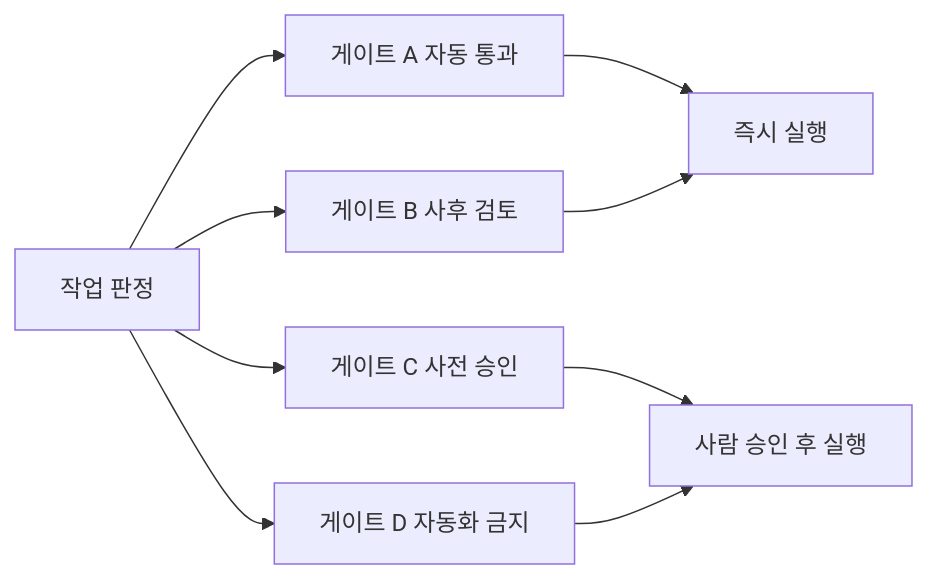
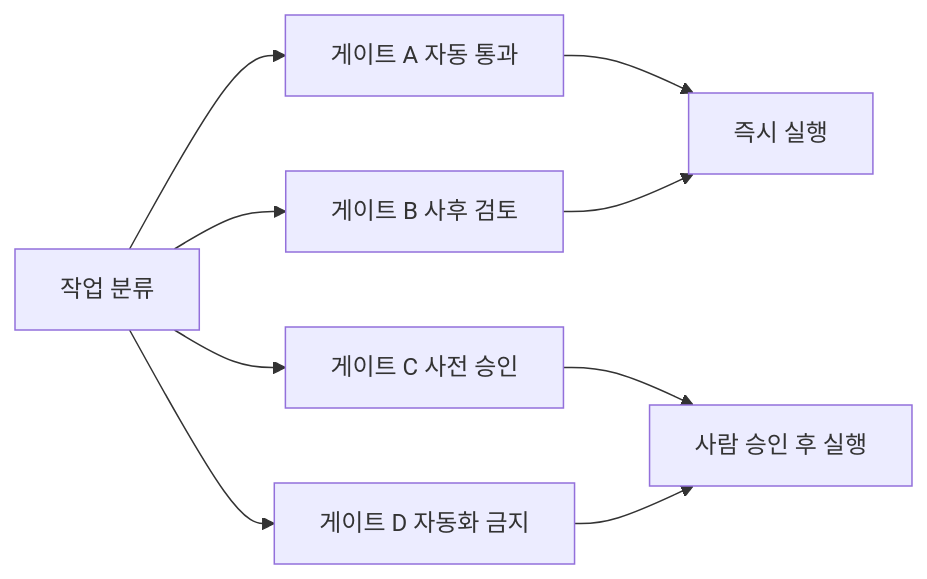
Before and after one commit to withwooyong/withwooyong.github.io: the third of 3 diagrams in content/blog/ai-transformation/department-agent-blueprint.md, drawn with Mermaid. The commit also changed other lines of this file and 12 other files, not shown here.

````diff
--- a/content/blog/ai-transformation/department-agent-blueprint.md
+++ b/content/blog/ai-transformation/department-agent-blueprint.md
@@ -274,11 +274,11 @@
 ```mermaid
 flowchart LR
-    T["작업 판정"] --> G1["게이트 A 자동 통과"]
+    T["작업 분류"] --> G1["게이트 A 자동 통과"]
     T --> G2["게이트 B 사후 검토"]
     T --> G3["게이트 C 사전 승인"]
     T --> G4["게이트 D 자동화 금지"]
     G1 --> OUT["즉시 실행"]
     G2 --> OUT
     G3 --> HUM["사람 승인 후 실행"]
     G4 --> HUM
 ```
````
